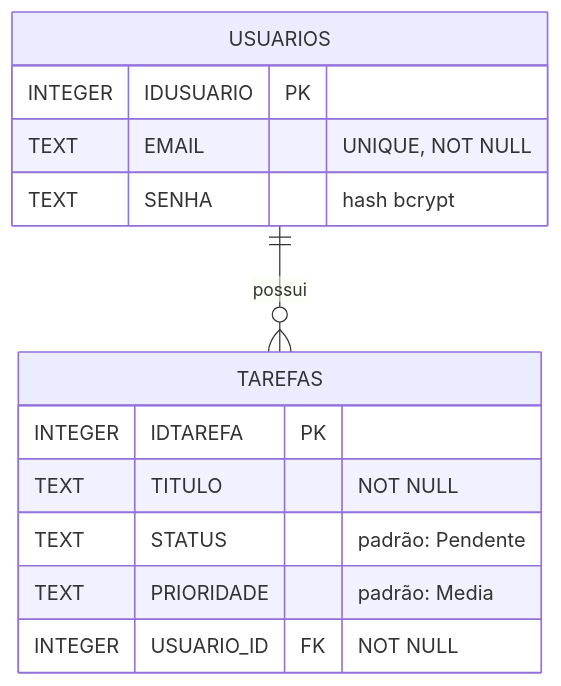
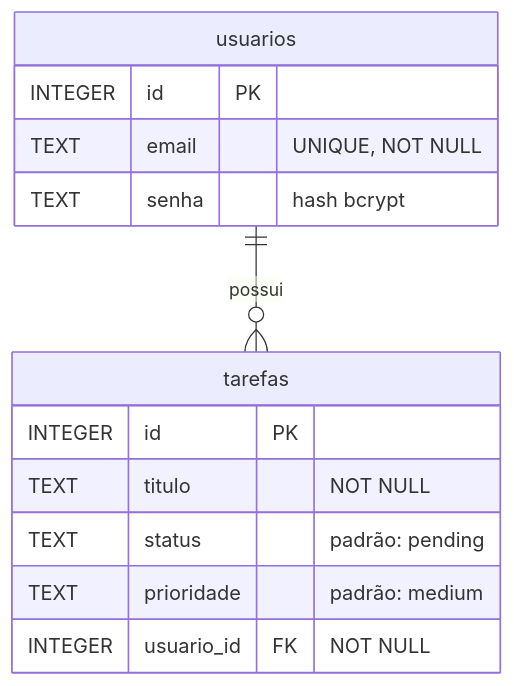
The second of 2 diagrams in README.md (BlankSenai/DSW-repo), drawn with Mermaid before and after one commit. The commit also changed other lines of this file, not shown here.

````diff
--- a/README.md
+++ b/README.md
@@ -208,16 +237,16 @@
 ```mermaid
 erDiagram
-    USUARIOS ||--o{ TAREFAS : "possui"
-    USUARIOS {
-        INTEGER IDUSUARIO PK
-        TEXT EMAIL "UNIQUE, NOT NULL"
-        TEXT SENHA "hash bcrypt"
+    usuarios ||--o{ tarefas : "possui"
+    usuarios {
+        INTEGER id PK
+        TEXT email "UNIQUE, NOT NULL"
+        TEXT senha "hash bcrypt"
     }
-    TAREFAS {
-        INTEGER IDTAREFA PK
-        TEXT TITULO "NOT NULL"
-        TEXT STATUS "padrão: Pendente"
-        TEXT PRIORIDADE "padrão: Media"
-        INTEGER USUARIO_ID FK "NOT NULL"
+    tarefas {
+        INTEGER id PK
+        TEXT titulo "NOT NULL"
+        TEXT status "padrão: pending"
+        TEXT prioridade "padrão: medium"
+        INTEGER usuario_id FK "NOT NULL"
     }
 ```
````
